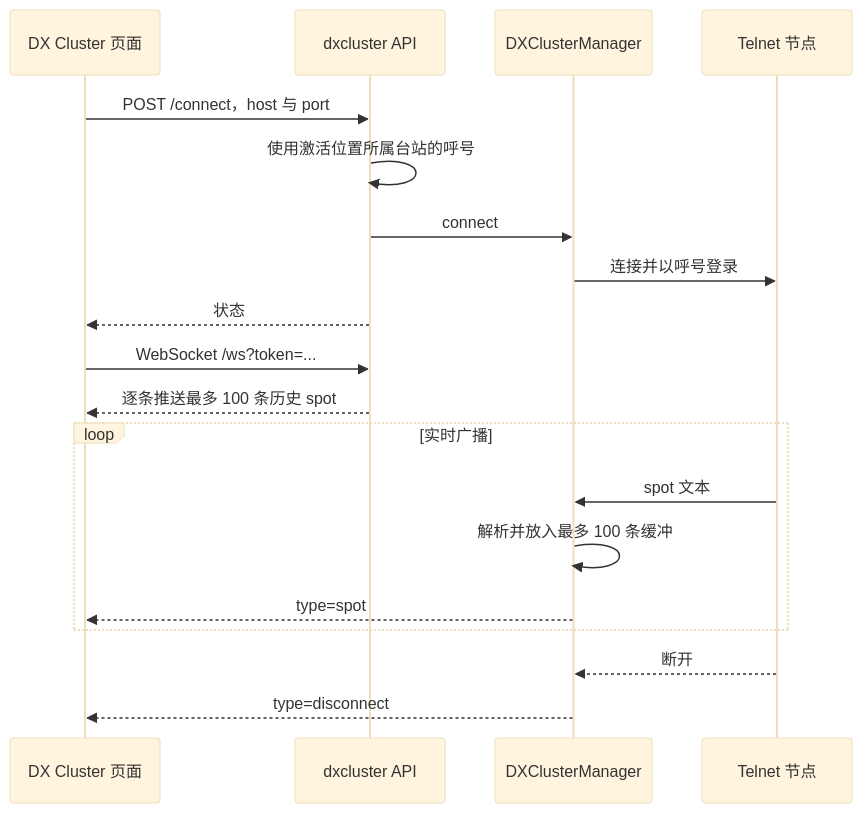
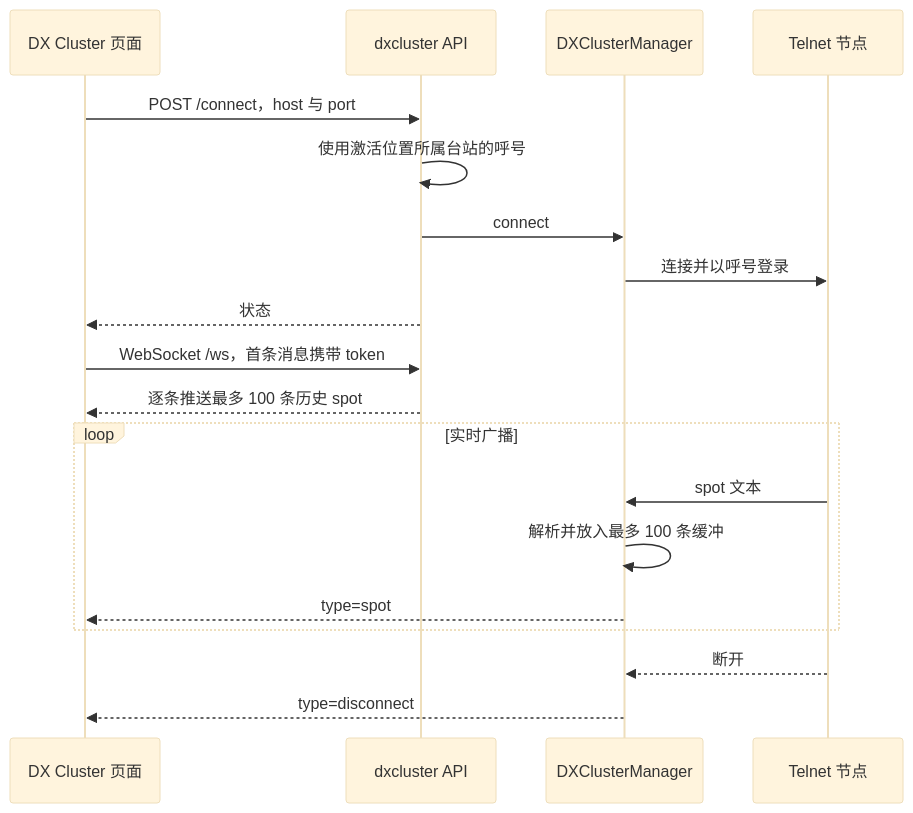
One commit to NanamiKite/radioManger changed diagram 14 of 16 in doc/11_系统架构图.md. Above: the diagram before and after it, drawn with Mermaid (base theme). The commit also changed other lines of this file and 103 other files, not shown here.

````diff
--- a/doc/11_系统架构图.md
+++ b/doc/11_系统架构图.md
@@ -228,21 +224,21 @@
 ```mermaid
 sequenceDiagram
     participant UI as DX Cluster 页面
     participant API as dxcluster API
     participant Manager as DXClusterManager
     participant Node as Telnet 节点
     UI->>API: POST /connect，host 与 port
     API->>API: 使用激活位置所属台站的呼号
     API->>Manager: connect
     Manager->>Node: 连接并以呼号登录
     API-->>UI: 状态
-    UI->>API: WebSocket /ws?token=...
+    UI->>API: WebSocket /ws，首条消息携带 token
     API-->>UI: 逐条推送最多 100 条历史 spot
     loop 实时广播
         Node->>Manager: spot 文本
         Manager->>Manager: 解析并放入最多 100 条缓冲
         Manager-->>UI: type=spot
     end
     Node-->>Manager: 断开
     Manager-->>UI: type=disconnect
 ```
````
